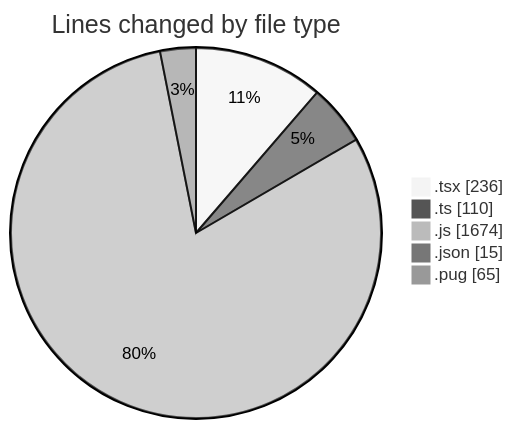
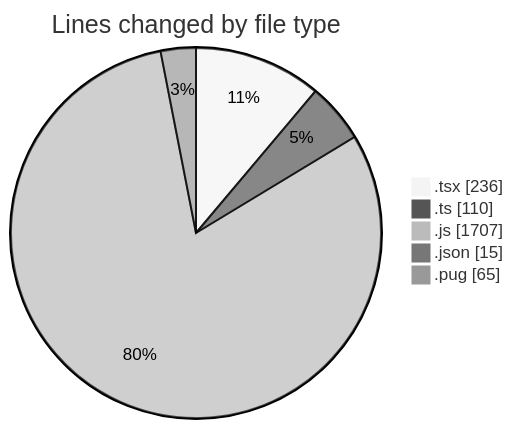
Before and after one commit to momahboobian/code-tracking: the first of 2 diagrams in 2025-03-24/cda/README.md, drawn with Mermaid (neutral theme). The commit also changed other lines of this file and 1 other file, not shown here.

````diff
--- a/2025-03-24/cda/README.md
+++ b/2025-03-24/cda/README.md
@@ -30,9 +30,9 @@
 ```mermaid
 pie showData
 title Lines changed by file type
 ".tsx" : 236
 ".ts" : 110
-".js" : 1674
+".js" : 1707
 ".json" : 15
 ".pug" : 65
 ```
````
